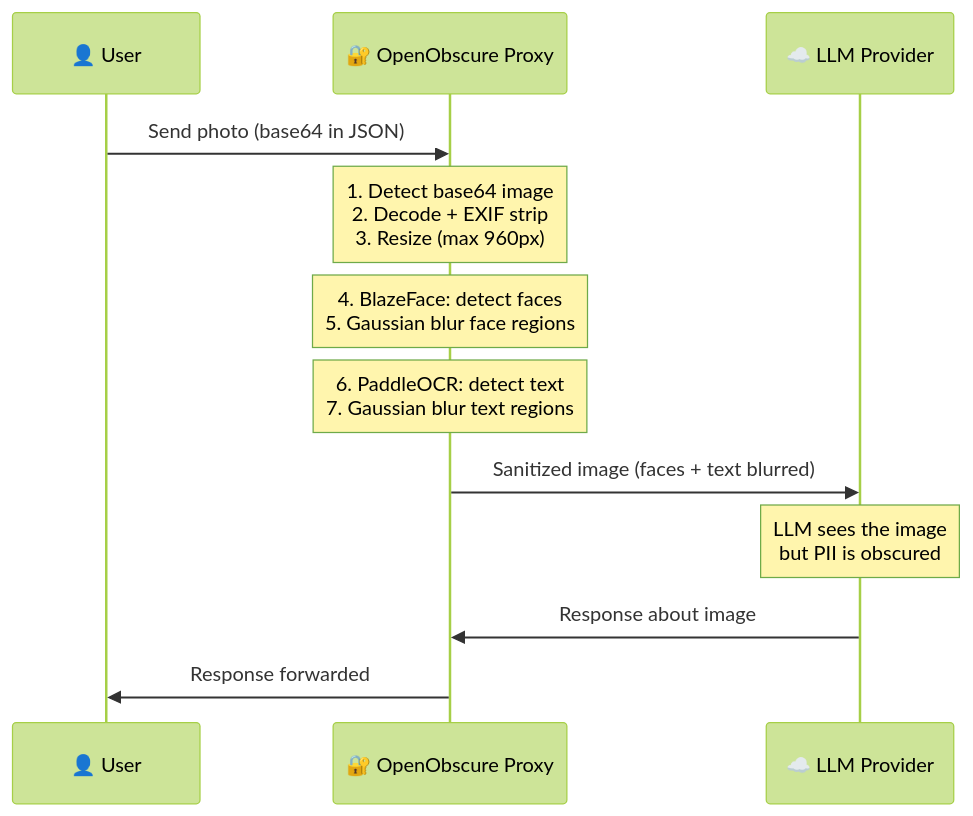
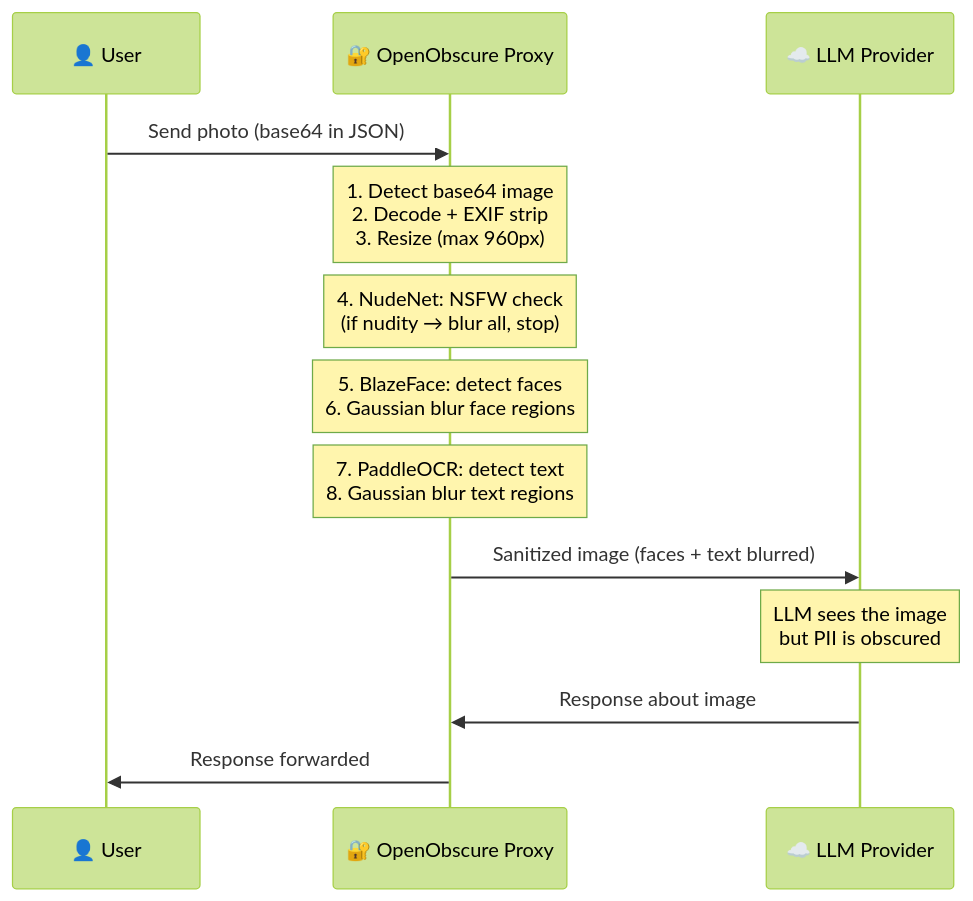
Before and after one commit to OpenObscure/OpenObscure: the third of 3 diagrams in README.md, drawn with Mermaid (forest theme). The commit also changed other lines of this file and 23 other files, not shown here.

First line of the commit message:
Add NSFW detection, face blur fix, detection verification framework

````diff
--- a/README.md
+++ b/README.md
@@ -217,15 +217,16 @@
 ```mermaid
 sequenceDiagram
     participant U as 👤 User
     participant P as 🔐 OpenObscure Proxy
     participant L as ☁️ LLM Provider
 
     U->>P: Send photo (base64 in JSON)
     Note over P: 1. Detect base64 image<br/>2. Decode + EXIF strip<br/>3. Resize (max 960px)
-    Note over P: 4. BlazeFace: detect faces<br/>5. Gaussian blur face regions
-    Note over P: 6. PaddleOCR: detect text<br/>7. Gaussian blur text regions
+    Note over P: 4. NudeNet: NSFW check<br/>(if nudity → blur all, stop)
+    Note over P: 5. BlazeFace: detect faces<br/>6. Gaussian blur face regions
+    Note over P: 7. PaddleOCR: detect text<br/>8. Gaussian blur text regions
     P->>L: Sanitized image (faces + text blurred)
     Note over L: LLM sees the image<br/>but PII is obscured
     L->>P: Response about image
     P->>U: Response forwarded
 ```
````
